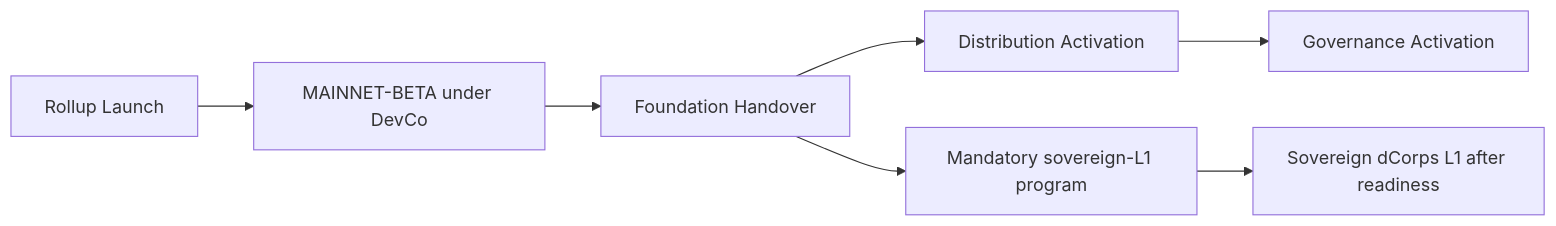
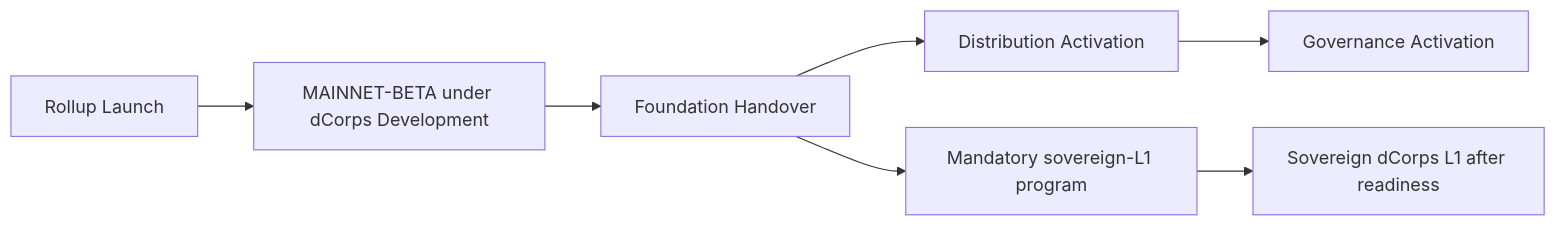
Before and after one commit to dcorps-hub/dcorps-docs-public: the fifth of 5 diagrams in docs/whitepaper/DCORPS_BLOCKCHAIN_WHITEPAPER_V1_0.md, drawn with Mermaid. The commit also changed other lines of this file and 3 other files, not shown here.

````diff
--- a/docs/whitepaper/DCORPS_BLOCKCHAIN_WHITEPAPER_V1_0.md
+++ b/docs/whitepaper/DCORPS_BLOCKCHAIN_WHITEPAPER_V1_0.md
@@ -1159,9 +1212,9 @@
 ```mermaid
 flowchart LR
-    A["Rollup Launch"] --> B["MAINNET-BETA under DevCo"]
+    A["Rollup Launch"] --> B["MAINNET-BETA under dCorps Development"]
     B --> C["Foundation Handover"]
     C --> D["Distribution Activation"]
     D --> E["Governance Activation"]
     C --> F["Mandatory sovereign-L1 program"]
     F --> G["Sovereign dCorps L1 after readiness"]
 ```
````
